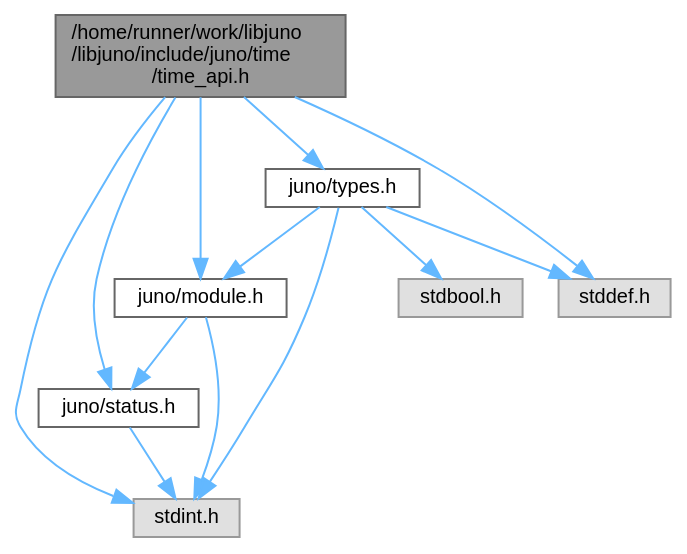
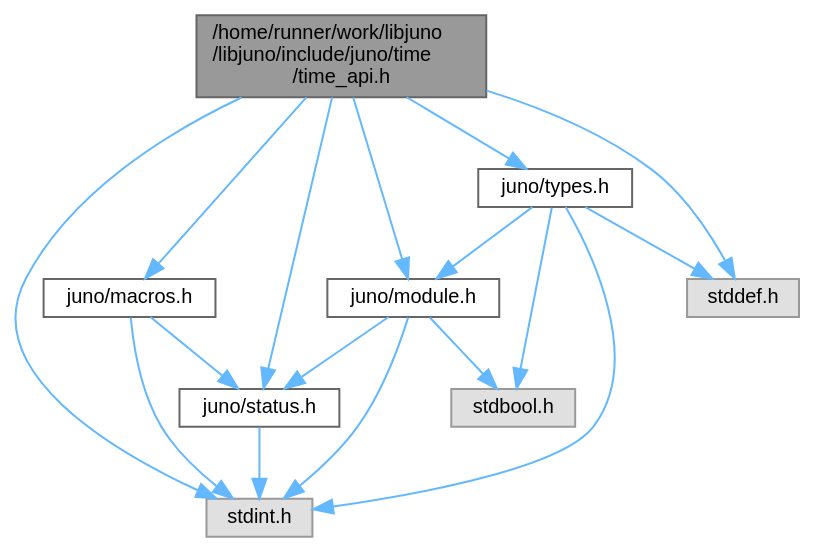
Before and after one commit to robinonsay/libjuno: the diagram in time__api_8h__incl.dot, drawn with Graphviz. The commit also changed 847 other files, not shown here.

```diff
--- a/time__api_8h__incl.dot
+++ b/time__api_8h__incl.dot
@@ -1,26 +1,31 @@
 digraph "/home/runner/work/libjuno/libjuno/include/juno/time/time_api.h"
 {
  // LATEX_PDF_SIZE
   bgcolor="transparent";
   edge [fontname=Helvetica,fontsize=10,labelfontname=Helvetica,labelfontsize=10];
   node [fontname=Helvetica,fontsize=10,shape=box,height=0.2,width=0.4];
-  Node1 [id="Node000001",label="/home/runner/work/libjuno\l/libjuno/include/juno/time\l/time_api.h",height=0.2,width=0.4,color="gray40", fillcolor="grey60", style="filled", fontcolor="black",tooltip=" "];
+  Node1 [id="Node000001",label="/home/runner/work/libjuno\l/libjuno/include/juno/time\l/time_api.h",height=0.2,width=0.4,color="gray40", fillcolor="grey60", style="filled", fontcolor="black",tooltip="Juno Time module API and common time math helpers."];
   Node1 -> Node2 [id="edge1_Node000001_Node000002",color="steelblue1",style="solid",tooltip=" "];
-  Node2 [id="Node000002",label="juno/status.h",height=0.2,width=0.4,color="grey40", fillcolor="white", style="filled",URL="$status_8h.html",tooltip=" "];
+  Node2 [id="Node000002",label="juno/macros.h",height=0.2,width=0.4,color="grey40", fillcolor="white", style="filled",URL="$macros_8h.html",tooltip="Common assertion and helper macros for LibJuno modules."];
   Node2 -> Node3 [id="edge2_Node000002_Node000003",color="steelblue1",style="solid",tooltip=" "];
-  Node3 [id="Node000003",label="stdint.h",height=0.2,width=0.4,color="grey60", fillcolor="#E0E0E0", style="filled",tooltip=" "];
-  Node1 -> Node4 [id="edge3_Node000001_Node000004",color="steelblue1",style="solid",tooltip=" "];
-  Node4 [id="Node000004",label="juno/module.h",height=0.2,width=0.4,color="grey40", fillcolor="white", style="filled",URL="$module_8h.html",tooltip=" "];
-  Node4 -> Node2 [id="edge4_Node000004_Node000002",color="steelblue1",style="solid",tooltip=" "];
-  Node4 -> Node3 [id="edge5_Node000004_Node000003",color="steelblue1",style="solid",tooltip=" "];
+  Node3 [id="Node000003",label="juno/status.h",height=0.2,width=0.4,color="grey40", fillcolor="white", style="filled",URL="$status_8h.html",tooltip="Status codes and failure-handling helpers for LibJuno."];
+  Node3 -> Node4 [id="edge3_Node000003_Node000004",color="steelblue1",style="solid",tooltip=" "];
+  Node4 [id="Node000004",label="stdint.h",height=0.2,width=0.4,color="grey60", fillcolor="#E0E0E0", style="filled",tooltip=" "];
+  Node2 -> Node4 [id="edge4_Node000002_Node000004",color="steelblue1",style="solid",tooltip=" "];
+  Node1 -> Node3 [id="edge5_Node000001_Node000003",color="steelblue1",style="solid",tooltip=" "];
   Node1 -> Node5 [id="edge6_Node000001_Node000005",color="steelblue1",style="solid",tooltip=" "];
-  Node5 [id="Node000005",label="juno/types.h",height=0.2,width=0.4,color="grey40", fillcolor="white", style="filled",URL="$types_8h.html",tooltip=" "];
-  Node5 -> Node4 [id="edge7_Node000005_Node000004",color="steelblue1",style="solid",tooltip=" "];
-  Node5 -> Node6 [id="edge8_Node000005_Node000006",color="steelblue1",style="solid",tooltip=" "];
+  Node5 [id="Node000005",label="juno/module.h",height=0.2,width=0.4,color="grey40", fillcolor="white", style="filled",URL="$module_8h.html",tooltip="Module system and dependency injection primitives for LibJuno."];
+  Node5 -> Node3 [id="edge7_Node000005_Node000003",color="steelblue1",style="solid",tooltip=" "];
+  Node5 -> Node4 [id="edge8_Node000005_Node000004",color="steelblue1",style="solid",tooltip=" "];
+  Node5 -> Node6 [id="edge9_Node000005_Node000006",color="steelblue1",style="solid",tooltip=" "];
   Node6 [id="Node000006",label="stdbool.h",height=0.2,width=0.4,color="grey60", fillcolor="#E0E0E0", style="filled",tooltip=" "];
-  Node5 -> Node7 [id="edge9_Node000005_Node000007",color="steelblue1",style="solid",tooltip=" "];
-  Node7 [id="Node000007",label="stddef.h",height=0.2,width=0.4,color="grey60", fillcolor="#E0E0E0", style="filled",tooltip=" "];
-  Node5 -> Node3 [id="edge10_Node000005_Node000003",color="steelblue1",style="solid",tooltip=" "];
-  Node1 -> Node7 [id="edge11_Node000001_Node000007",color="steelblue1",style="solid",tooltip=" "];
-  Node1 -> Node3 [id="edge12_Node000001_Node000003",color="steelblue1",style="solid",tooltip=" "];
+  Node1 -> Node7 [id="edge10_Node000001_Node000007",color="steelblue1",style="solid",tooltip=" "];
+  Node7 [id="Node000007",label="juno/types.h",height=0.2,width=0.4,color="grey40", fillcolor="white", style="filled",URL="$types_8h.html",tooltip="Common module result type aliases used throughout LibJuno."];
+  Node7 -> Node5 [id="edge11_Node000007_Node000005",color="steelblue1",style="solid",tooltip=" "];
+  Node7 -> Node6 [id="edge12_Node000007_Node000006",color="steelblue1",style="solid",tooltip=" "];
+  Node7 -> Node8 [id="edge13_Node000007_Node000008",color="steelblue1",style="solid",tooltip=" "];
+  Node8 [id="Node000008",label="stddef.h",height=0.2,width=0.4,color="grey60", fillcolor="#E0E0E0", style="filled",tooltip=" "];
+  Node7 -> Node4 [id="edge14_Node000007_Node000004",color="steelblue1",style="solid",tooltip=" "];
+  Node1 -> Node8 [id="edge15_Node000001_Node000008",color="steelblue1",style="solid",tooltip=" "];
+  Node1 -> Node4 [id="edge16_Node000001_Node000004",color="steelblue1",style="solid",tooltip=" "];
 }
```
